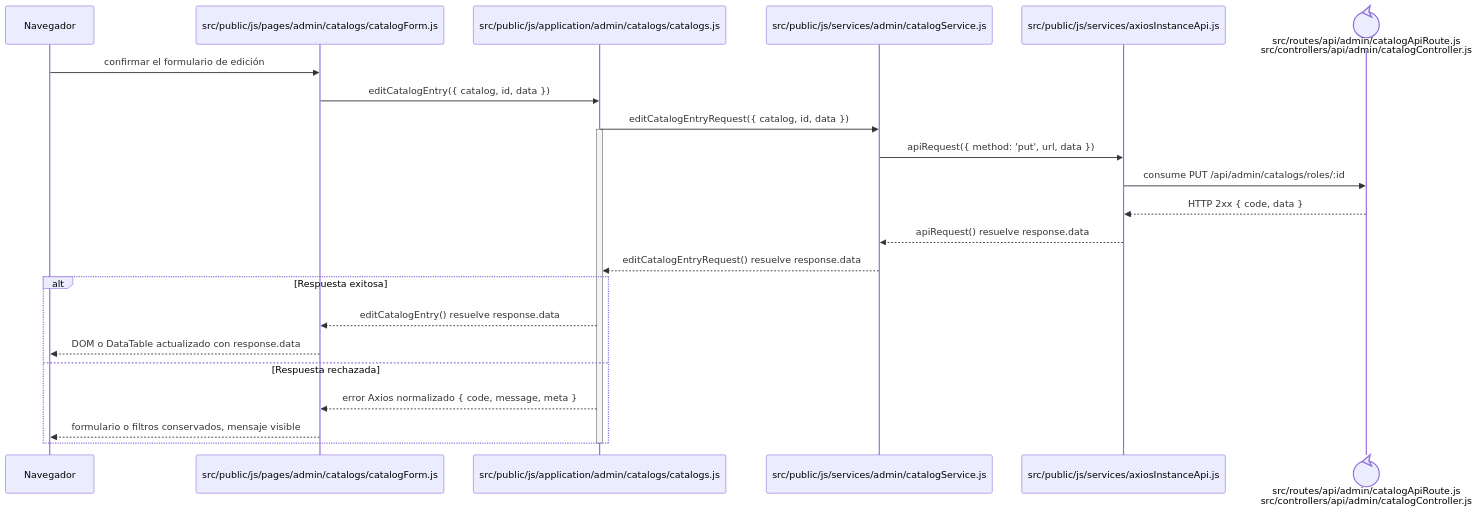
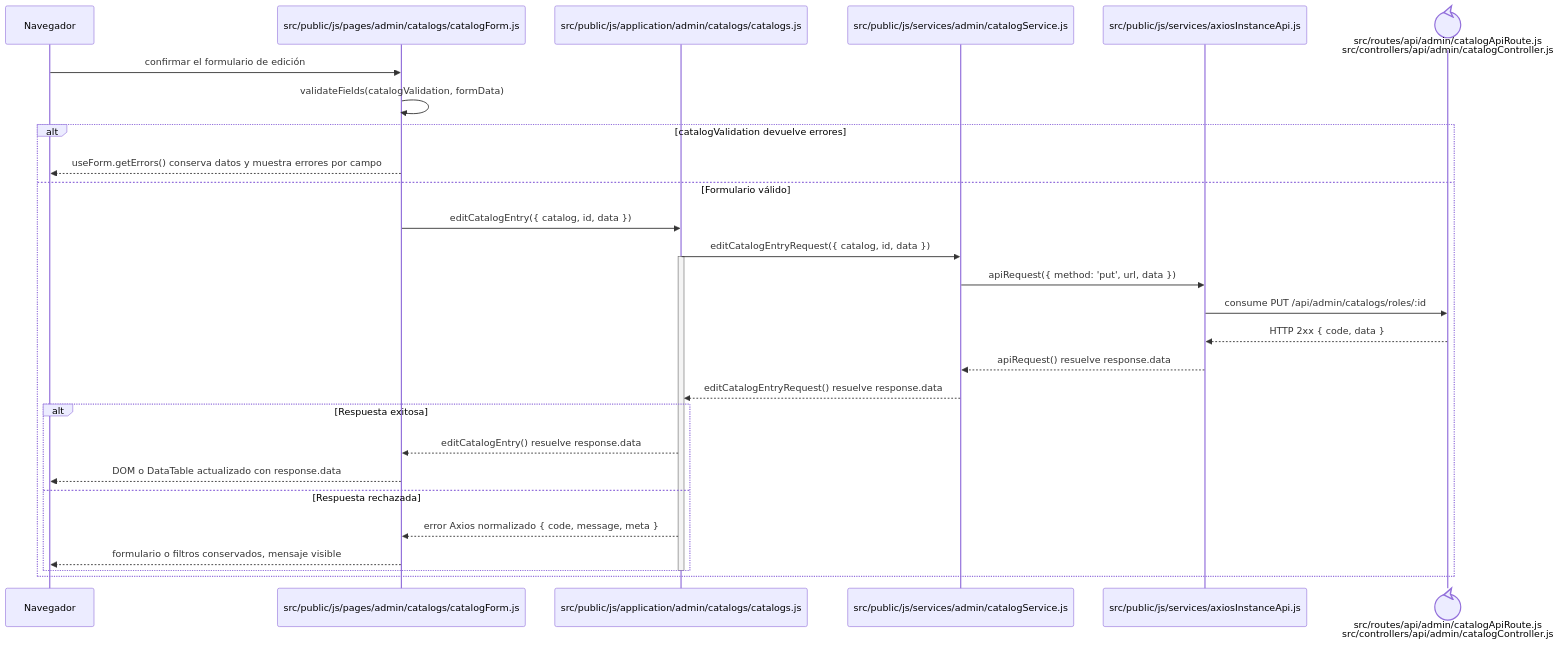
The diagram in docs/architecture/frontend-code-sequences/catalogs/cu-cat-14.md (gpgsistemas01/nexus), drawn with Mermaid before and after one commit. The commit also changed 102 other files, not shown here.

````diff
--- a/docs/architecture/frontend-code-sequences/catalogs/cu-cat-14.md
+++ b/docs/architecture/frontend-code-sequences/catalogs/cu-cat-14.md
@@ -6,27 +6,32 @@
 ```mermaid
 sequenceDiagram
     participant Browser as Navegador
     participant View as src/public/js/pages/admin/catalogs/catalogForm.js
     participant Application as src/public/js/application/admin/catalogs/catalogs.js
     participant Request as src/public/js/services/admin/catalogService.js
     participant HTTP as src/public/js/services/axiosInstanceApi.js
     participant Transport@{ "type": "control" } as src/routes/api/admin/catalogApiRoute.js<br/>src/controllers/api/admin/catalogController.js
 
     Browser->>View: confirmar el formulario de edición
-    View->>Application: editCatalogEntry({ catalog, id, data })
-    Application->>Request: editCatalogEntryRequest({ catalog, id, data })
-    activate Application
-    Request->>HTTP: apiRequest({ method: 'put', url, data })
-    HTTP->>Transport: consume PUT /api/admin/catalogs/roles/:id
-    Transport-->>HTTP: HTTP 2xx { code, data }
-    HTTP-->>Request: apiRequest() resuelve response.data
-    Request-->>Application: editCatalogEntryRequest() resuelve response.data
-    alt Respuesta exitosa
-        Application-->>View: editCatalogEntry() resuelve response.data
-        View-->>Browser: DOM o DataTable actualizado con response.data
-    else Respuesta rechazada
-        Application-->>View: error Axios normalizado { code, message, meta }
-        View-->>Browser: formulario o filtros conservados, mensaje visible
+    View->>View: validateFields(catalogValidation, formData)
+    alt catalogValidation devuelve errores
+        View-->>Browser: useForm.getErrors() conserva datos y muestra errores por campo
+    else Formulario válido
+        View->>Application: editCatalogEntry({ catalog, id, data })
+        Application->>Request: editCatalogEntryRequest({ catalog, id, data })
+        activate Application
+        Request->>HTTP: apiRequest({ method: 'put', url, data })
+        HTTP->>Transport: consume PUT /api/admin/catalogs/roles/:id
+        Transport-->>HTTP: HTTP 2xx { code, data }
+        HTTP-->>Request: apiRequest() resuelve response.data
+        Request-->>Application: editCatalogEntryRequest() resuelve response.data
+        alt Respuesta exitosa
+            Application-->>View: editCatalogEntry() resuelve response.data
+            View-->>Browser: DOM o DataTable actualizado con response.data
+        else Respuesta rechazada
+            Application-->>View: error Axios normalizado { code, message, meta }
+            View-->>Browser: formulario o filtros conservados, mensaje visible
+        end
+        deactivate Application
     end
-    deactivate Application
 ```
````
